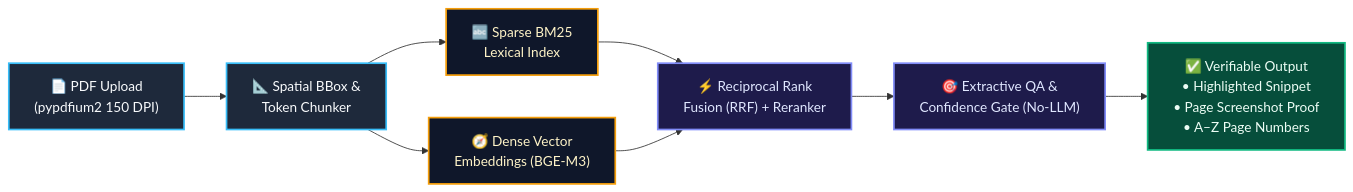
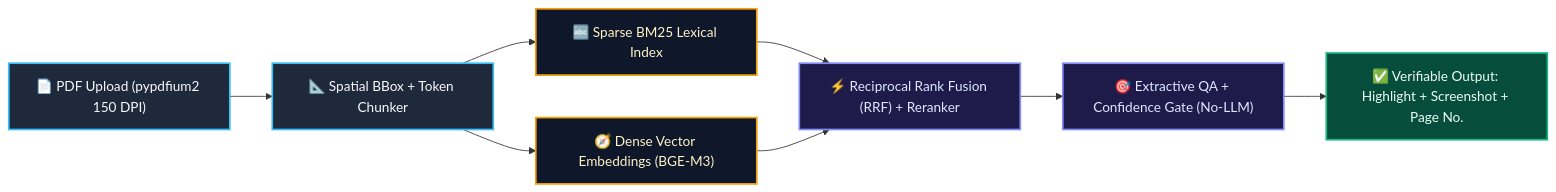
The first of 2 diagrams in README.md (KundanKt/Kundankt), drawn with Mermaid before and after one commit. The commit also changed other lines of this file, not shown here.

````diff
--- a/README.md
+++ b/README.md
@@ -76,20 +76,20 @@
 ```mermaid
 flowchart LR
-    A["📄 PDF Upload<br/>(pypdfium2 150 DPI)"] --> B["📐 Spatial BBox &<br/>Token Chunker"]
-    B --> C["🔤 Sparse BM25<br/>Lexical Index"]
-    B --> D["🧭 Dense Vector<br/>Embeddings (BGE-M3)"]
-    C --> E["⚡ Reciprocal Rank<br/>Fusion (RRF) + Reranker"]
+    A["📄 PDF Upload (pypdfium2 150 DPI)"] --> B["📐 Spatial BBox + Token Chunker"]
+    B --> C["🔤 Sparse BM25 Lexical Index"]
+    B --> D["🧭 Dense Vector Embeddings (BGE-M3)"]
+    C --> E["⚡ Reciprocal Rank Fusion (RRF) + Reranker"]
     D --> E
-    E --> F["🎯 Extractive QA &<br/>Confidence Gate (No-LLM)"]
-    F --> G["✅ Verifiable Output<br/>• Highlighted Snippet<br/>• Page Screenshot Proof<br/>• A–Z Page Numbers"]
+    E --> F["🎯 Extractive QA + Confidence Gate (No-LLM)"]
+    F --> G["✅ Verifiable Output: Highlight + Screenshot + Page No."]
 
-    classDef ingest fill:#1e293b,stroke:#38bdf8,stroke-width:2px,color:#f8fafc
-    classDef search fill:#0f172a,stroke:#f59e0b,stroke-width:2px,color:#fef3c7
-    classDef fuse fill:#1e1b4b,stroke:#818cf8,stroke-width:2px,color:#e0e7ff
-    classDef proof fill:#064e3b,stroke:#10b981,stroke-width:2px,color:#ecfdf5
+    classDef ingestNode fill:#1e293b,stroke:#38bdf8,stroke-width:2px,color:#f8fafc
+    classDef searchNode fill:#0f172a,stroke:#f59e0b,stroke-width:2px,color:#fef3c7
+    classDef fuseNode fill:#1e1b4b,stroke:#818cf8,stroke-width:2px,color:#e0e7ff
+    classDef proofNode fill:#064e3b,stroke:#10b981,stroke-width:2px,color:#ecfdf5
 
-    class A,B ingest
-    class C,D search
-    class E,F fuse
-    class G proof
+    class A,B ingestNode
+    class C,D searchNode
+    class E,F fuseNode
+    class G proofNode
 ```
````
